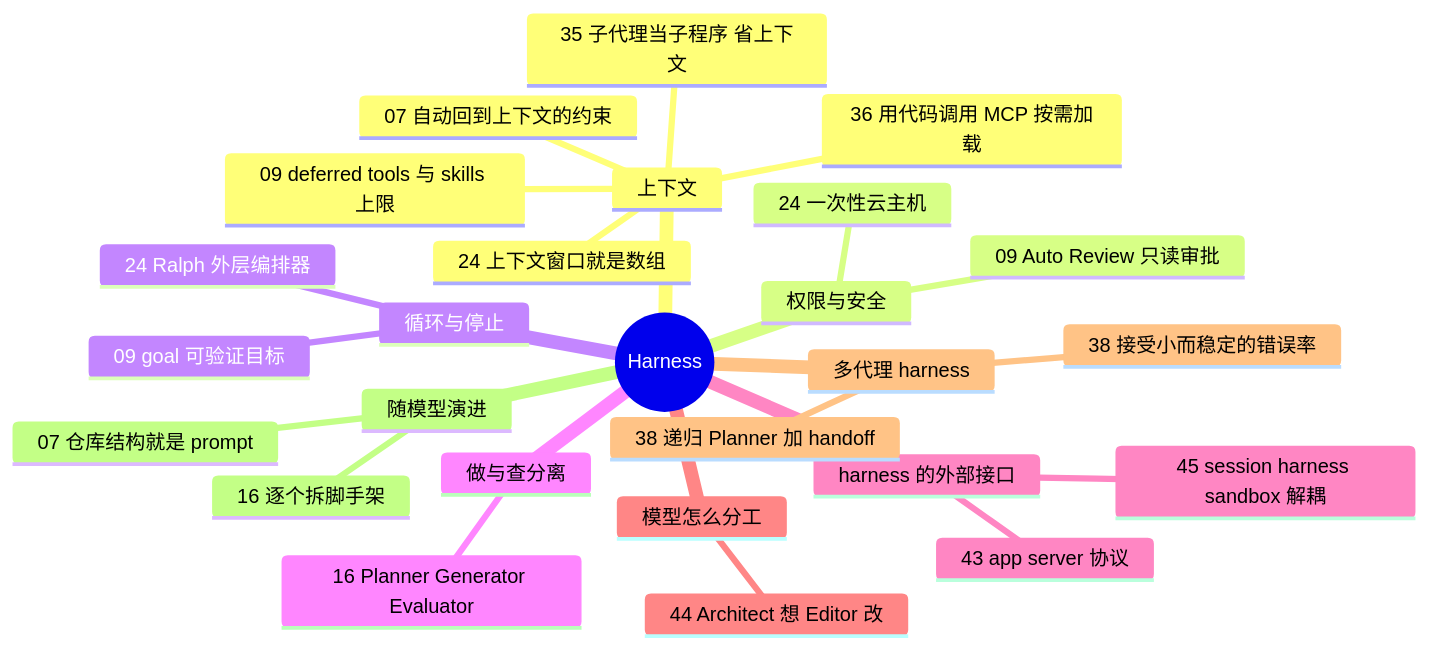
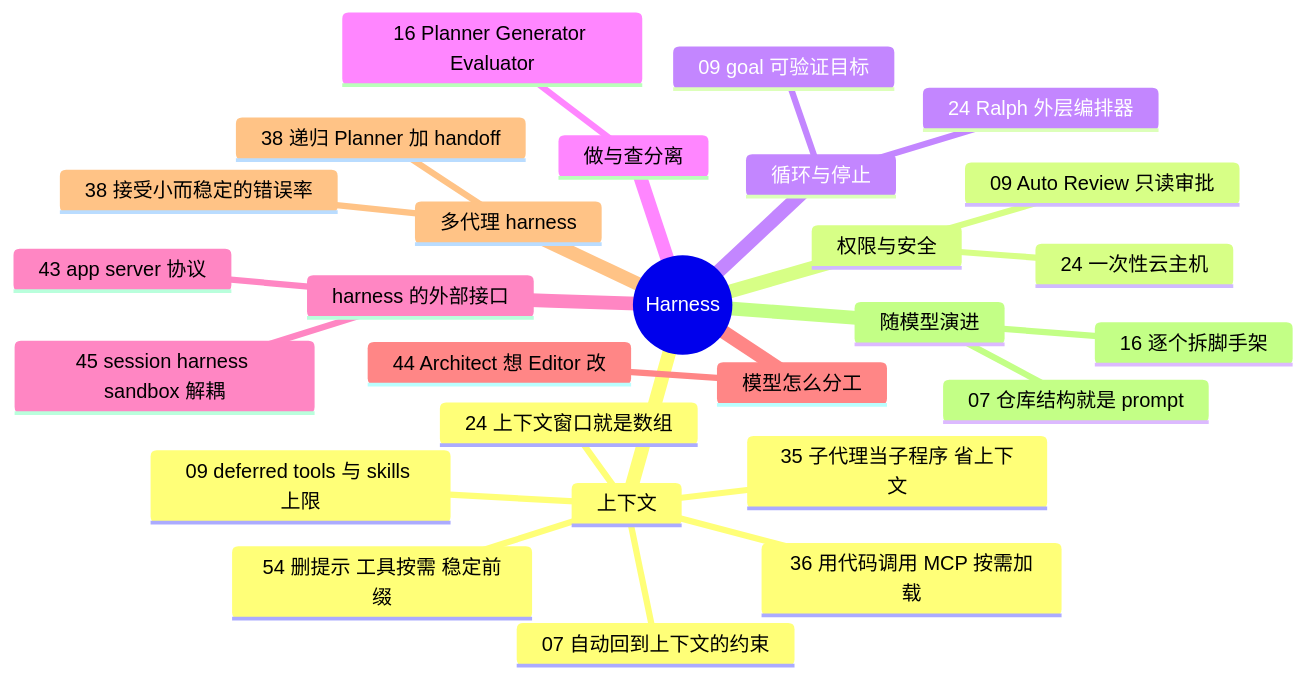
Before and after one commit to yzw7489757/ai-coding-videos: the diagram in docs/guide/harness.md, drawn with Mermaid. The commit also changed other lines of this file and 21 other files, not shown here.

````diff
--- a/docs/guide/harness.md
+++ b/docs/guide/harness.md
@@ -13,29 +13,30 @@
 ```mermaid
 mindmap
   root((Harness))
     上下文
       09 deferred tools 与 skills 上限
       24 上下文窗口就是数组
       07 自动回到上下文的约束
       35 子代理当子程序 省上下文
       36 用代码调用 MCP 按需加载
+      54 删提示 工具按需 稳定前缀
     权限与安全
       09 Auto Review 只读审批
       24 一次性云主机
     循环与停止
       09 goal 可验证目标
       24 Ralph 外层编排器
     做与查分离
       16 Planner Generator Evaluator
     harness 的外部接口
       43 app server 协议
       45 session harness sandbox 解耦
     模型怎么分工
       44 Architect 想 Editor 改
     多代理 harness
       38 递归 Planner 加 handoff
       38 接受小而稳定的错误率
     随模型演进
       16 逐个拆脚手架
       07 仓库结构就是 prompt
 ```
````
